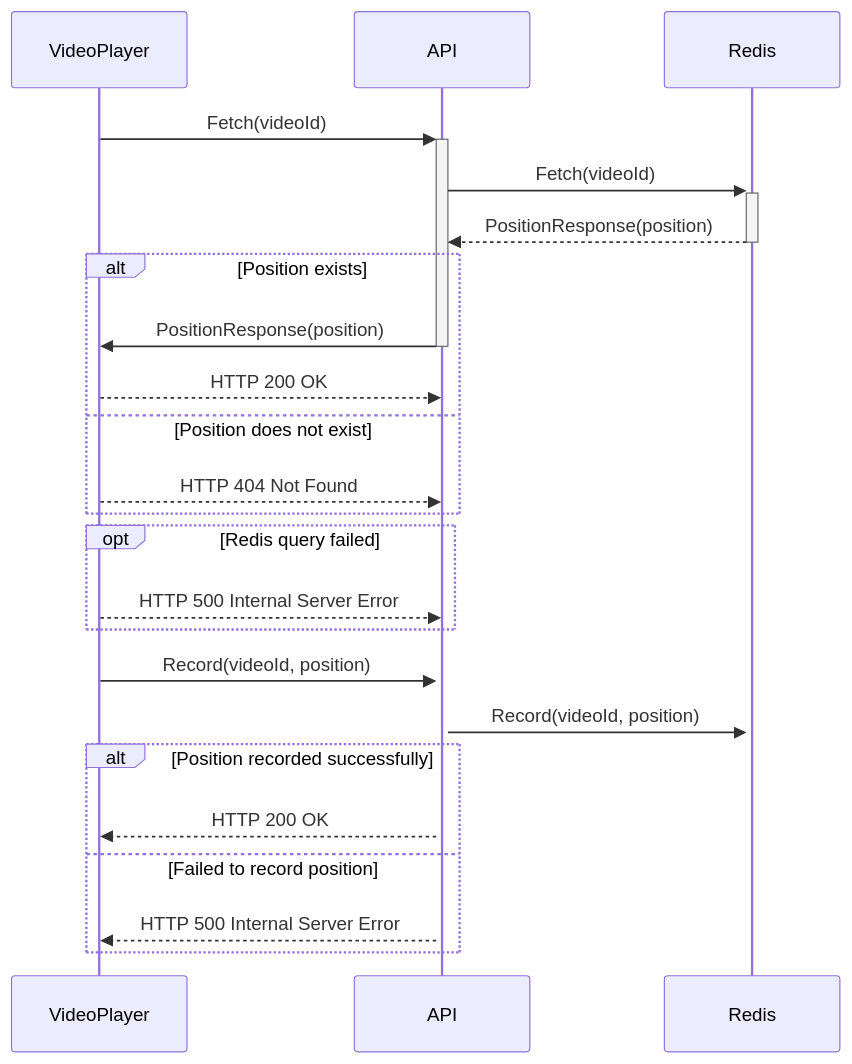
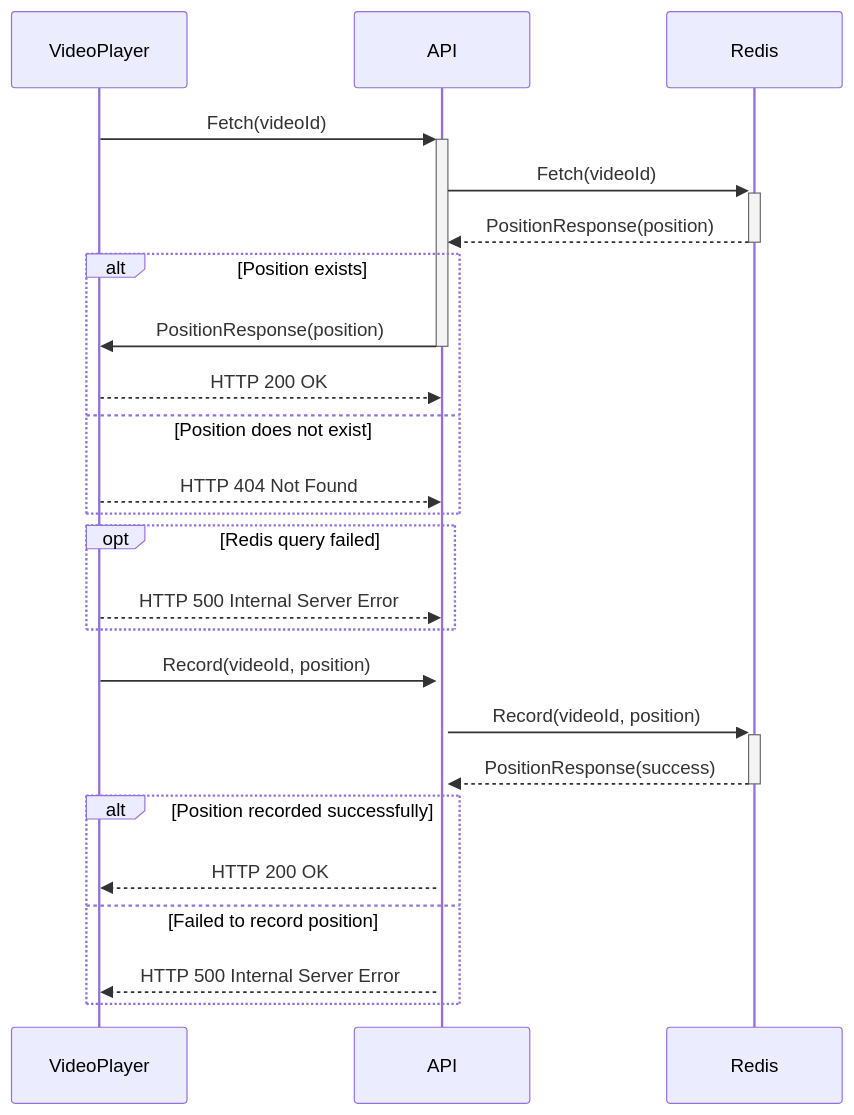
One commit to learn-video/continue-watching-api changed the diagram in README.md. Above: the diagram before and after it, drawn with Mermaid.

Commit message:
Add missing connection

````diff
--- a/README.md
+++ b/README.md
@@ -4,27 +4,28 @@
 ```mermaid
 sequenceDiagram
     participant VideoPlayer
     participant API
     participant Redis
 
     VideoPlayer->>+API: Fetch(videoId)
     API->>+Redis: Fetch(videoId)
     Redis-->>-API: PositionResponse(position)
     alt Position exists
         API->>-VideoPlayer: PositionResponse(position)
         VideoPlayer-->>API: HTTP 200 OK
     else Position does not exist
         VideoPlayer-->>API: HTTP 404 Not Found
     end
     opt Redis query failed
         VideoPlayer-->>API: HTTP 500 Internal Server Error
     end
 
     VideoPlayer->>+API: Record(videoId, position)
     API->>+Redis: Record(videoId, position)
+    Redis-->>-API: PositionResponse(success)
     alt Position recorded successfully
         API-->>VideoPlayer: HTTP 200 OK
     else Failed to record position
         API-->>VideoPlayer: HTTP 500 Internal Server Error
     end
 ```
````
